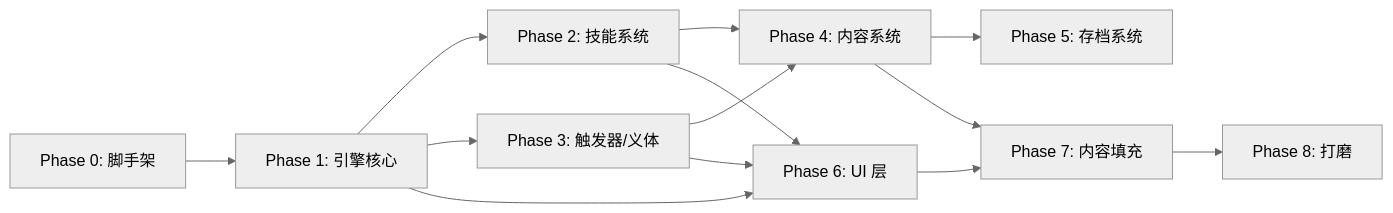
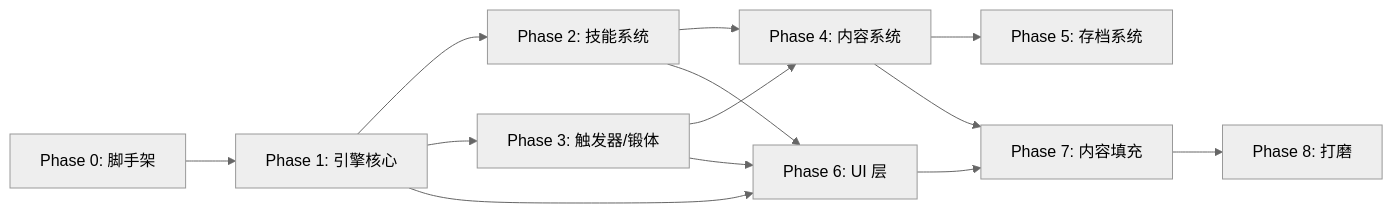
One commit to HDNRAY/bdgame changed the diagram in docs/ch08-roadmap.md. Above: the diagram before and after it, drawn with Mermaid (neutral theme). The commit also changed other lines of this file, not shown here.

Commit message:
roadmap: Phase 3 重定义为 触发器+锻体+远程技能, 义体→内容填充

````diff
--- a/docs/ch08-roadmap.md
+++ b/docs/ch08-roadmap.md
@@ -9,15 +9,15 @@
 ```mermaid
 graph LR
     P0[Phase 0: 脚手架] --> P1[Phase 1: 引擎核心]
     P1 --> P2[Phase 2: 技能系统]
-    P1 --> P3[Phase 3: 触发器/义体]
+    P1 --> P3[Phase 3: 触发器/锻体]
     P2 --> P4[Phase 4: 内容系统]
     P3 --> P4
     P4 --> P5[Phase 5: 存档系统]
     P1 --> P6[Phase 6: UI 层]
     P2 --> P6
     P3 --> P6
     P4 --> P7[Phase 7: 内容填充]
     P6 --> P7
     P7 --> P8[Phase 8: 打磨]
 ```
````
